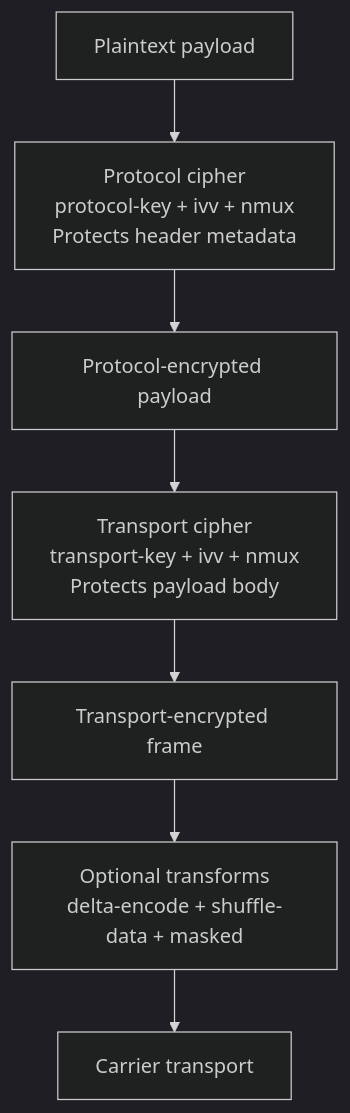
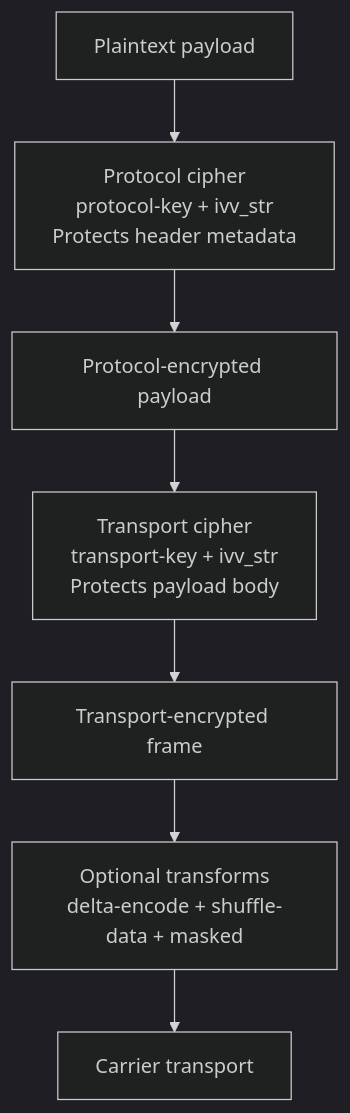
The fourth of 11 diagrams in docs/TUNNEL_DESIGN.md (HyacinthHaru/openppp2), drawn with Mermaid (dark theme) before and after one commit. The commit also changed other lines of this file and 80 other files, not shown here.

````diff
--- a/docs/TUNNEL_DESIGN.md
+++ b/docs/TUNNEL_DESIGN.md
@@ -131,9 +131,9 @@
 ```mermaid
 flowchart TD
-    A[Plaintext payload] --> B[Protocol cipher\nprotocol-key + ivv + nmux\nProtects header metadata]
+    A[Plaintext payload] --> B[Protocol cipher\nprotocol-key + ivv_str\nProtects header metadata]
     B --> C[Protocol-encrypted payload]
-    C --> D[Transport cipher\ntransport-key + ivv + nmux\nProtects payload body]
+    C --> D[Transport cipher\ntransport-key + ivv_str\nProtects payload body]
     D --> E[Transport-encrypted frame]
     E --> F[Optional transforms\ndelta-encode + shuffle-data + masked]
     F --> G[Carrier transport]
 ```
````
